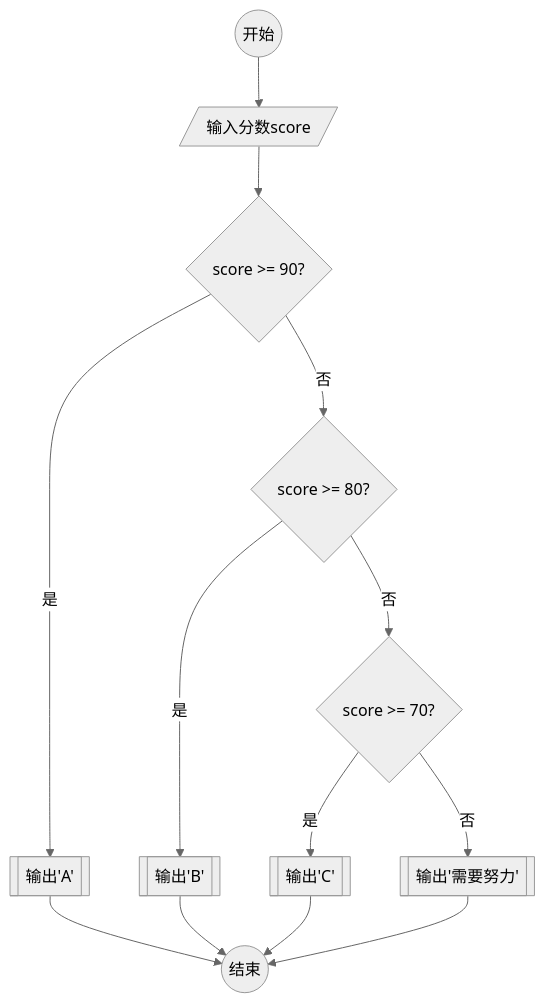
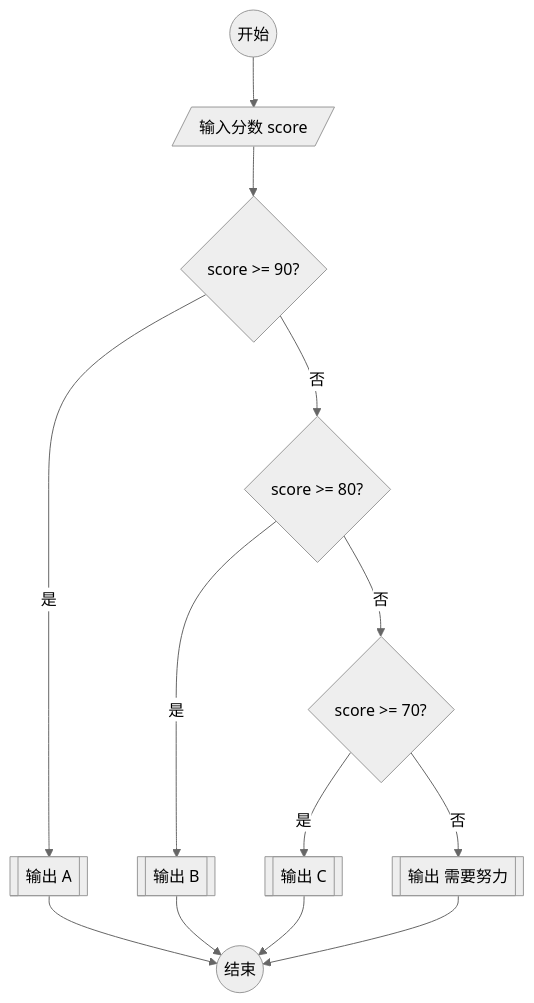
The diagram in docs/if3.md (Rainboylvx/python-tutorial), drawn with Mermaid (neutral theme) before and after one commit. The commit also changed other lines of this file and 13 other files, not shown here.

````diff
--- a/docs/if3.md
+++ b/docs/if3.md
@@ -37,19 +56,15 @@
 ```mermaid
 flowchart TD
-    Start(("开始")) --> Input[/"输入分数score"/]
+    Start(("开始")) --> Input[/"输入分数 score"/]
     Input --> ConditionA{"score >= 90?"}
-    
-    ConditionA -->|是| OutputA[["输出'A'"]]
+    ConditionA -->|是| OutputA[["输出 A"]]
     ConditionA -->|否| ConditionB{"score >= 80?"}
-    
-    ConditionB -->|是| OutputB[["输出'B'"]]
+    ConditionB -->|是| OutputB[["输出 B"]]
     ConditionB -->|否| ConditionC{"score >= 70?"}
-    
-    ConditionC -->|是| OutputC[["输出'C'"]]
-    ConditionC -->|否| OutputD[["输出'需要努力'"]]
-    
+    ConditionC -->|是| OutputC[["输出 C"]]
+    ConditionC -->|否| OutputD[["输出 需要努力"]]
     OutputA --> End(("结束"))
     OutputB --> End
     OutputC --> End
     OutputD --> End
 ```
````
